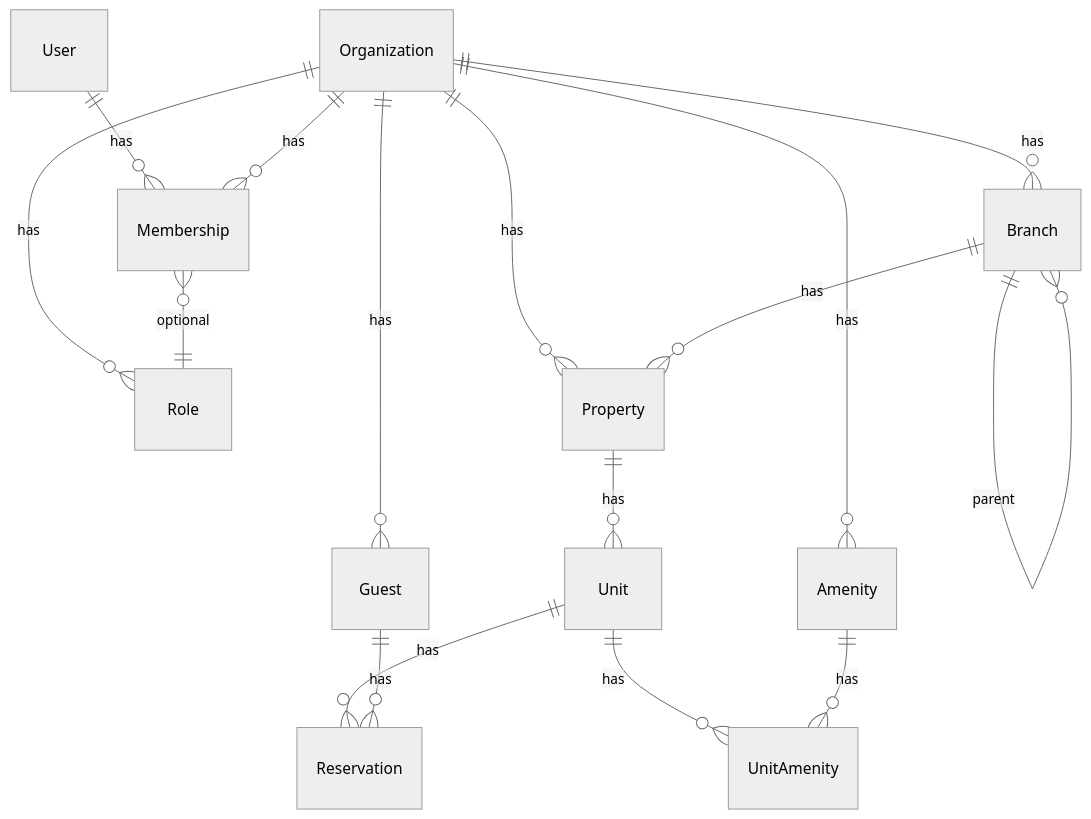
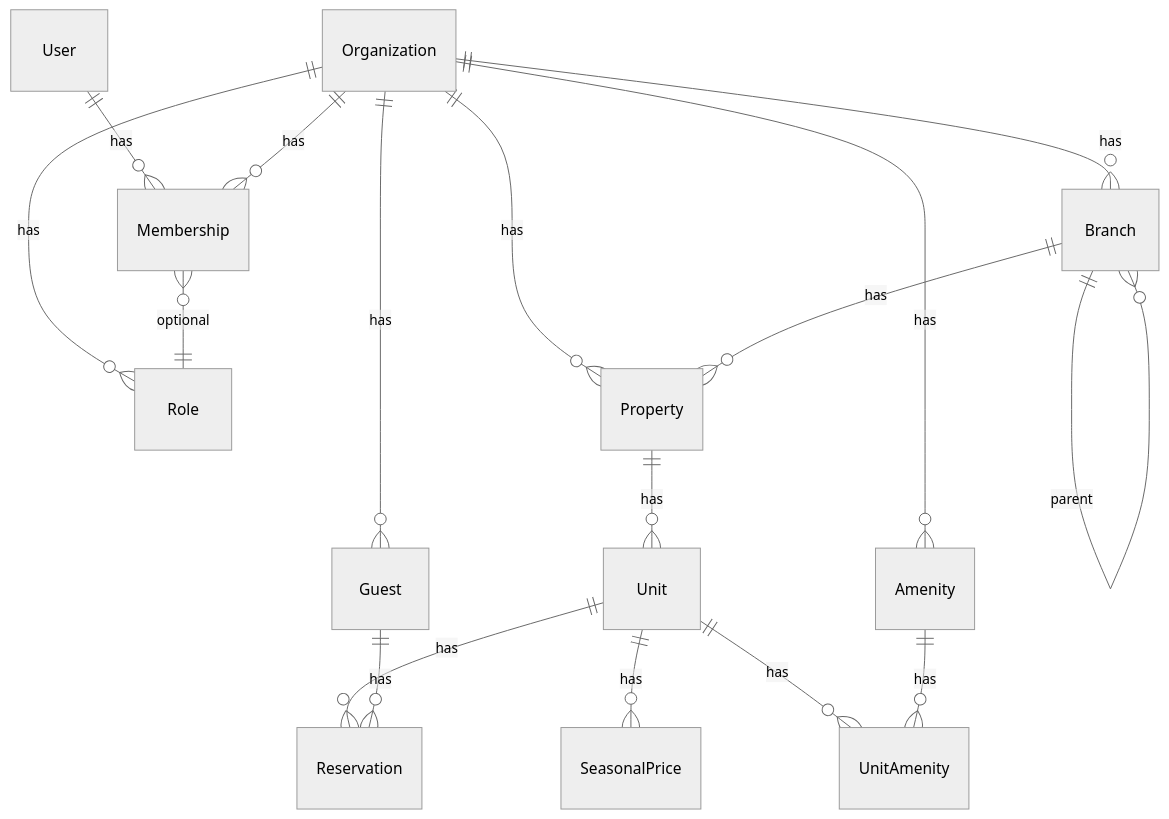
One commit to Arshev/apartus changed the diagram in memory-bank/domain/schema.md. Above: the diagram before and after it, drawn with Mermaid (neutral theme). The commit also changed other lines of this file and 4 other files, not shown here.

Commit message:
docs(FT-003): pricing feature package, schema, roadmap

````diff
--- a/memory-bank/domain/schema.md
+++ b/memory-bank/domain/schema.md
@@ -202,18 +215,19 @@
 ```mermaid
 erDiagram
     User ||--o{ Membership : has
     Organization ||--o{ Membership : has
     Organization ||--o{ Role : has
     Membership }o--|| Role : optional
     Organization ||--o{ Branch : has
     Organization ||--o{ Property : has
     Organization ||--o{ Amenity : has
     Organization ||--o{ Guest : has
     Unit ||--o{ Reservation : has
+    Unit ||--o{ SeasonalPrice : has
     Guest ||--o{ Reservation : has
     Branch ||--o{ Property : has
     Branch ||--o{ Branch : parent
     Property ||--o{ Unit : has
     Unit ||--o{ UnitAmenity : has
     Amenity ||--o{ UnitAmenity : has
 ```
````
